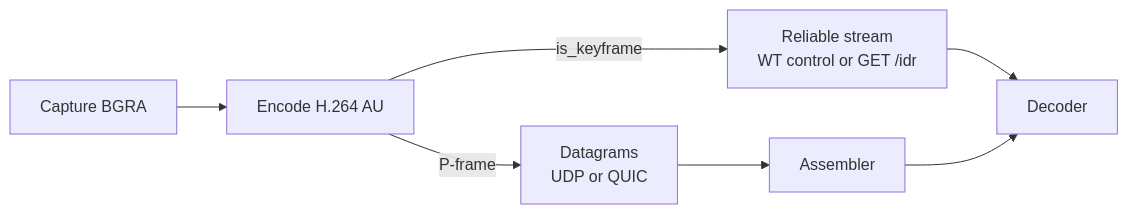
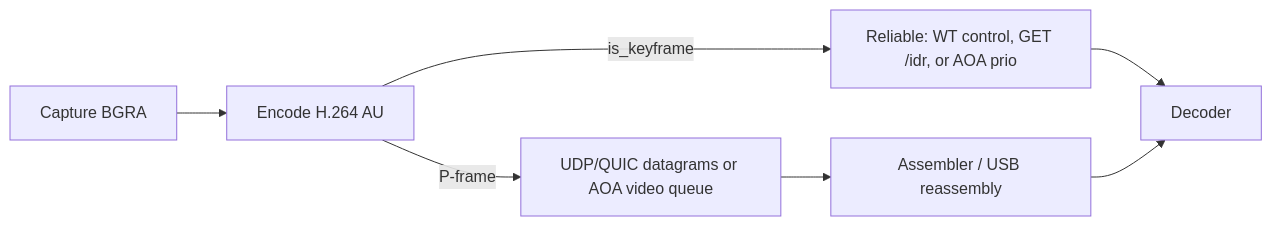
Before and after one commit to sentinelt/orbiscreen: the diagram in docs/FRAME_TRANSPORT.md, drawn with Mermaid. The commit also changed other lines of this file and 33 other files, not shown here.

First line of the commit message:
orbiscreen | feat: stream USB video over AOA Annex-B

````diff
--- a/docs/FRAME_TRANSPORT.md
+++ b/docs/FRAME_TRANSPORT.md
@@ -51,9 +51,9 @@
 ```mermaid
 flowchart LR
   cap["Capture BGRA"] --> enc["Encode H.264 AU"]
-  enc -->|"is_keyframe"| rel["Reliable stream\nWT control or GET /idr"]
-  enc -->|"P-frame"| dg["Datagrams\nUDP or QUIC"]
+  enc -->|"is_keyframe"| rel["Reliable: WT control, GET /idr, or AOA prio"]
+  enc -->|"P-frame"| dg["UDP/QUIC datagrams or AOA video queue"]
   rel --> dec["Decoder"]
-  dg --> asm["Assembler"]
+  dg --> asm["Assembler / USB reassembly"]
   asm --> dec
 ```
````
